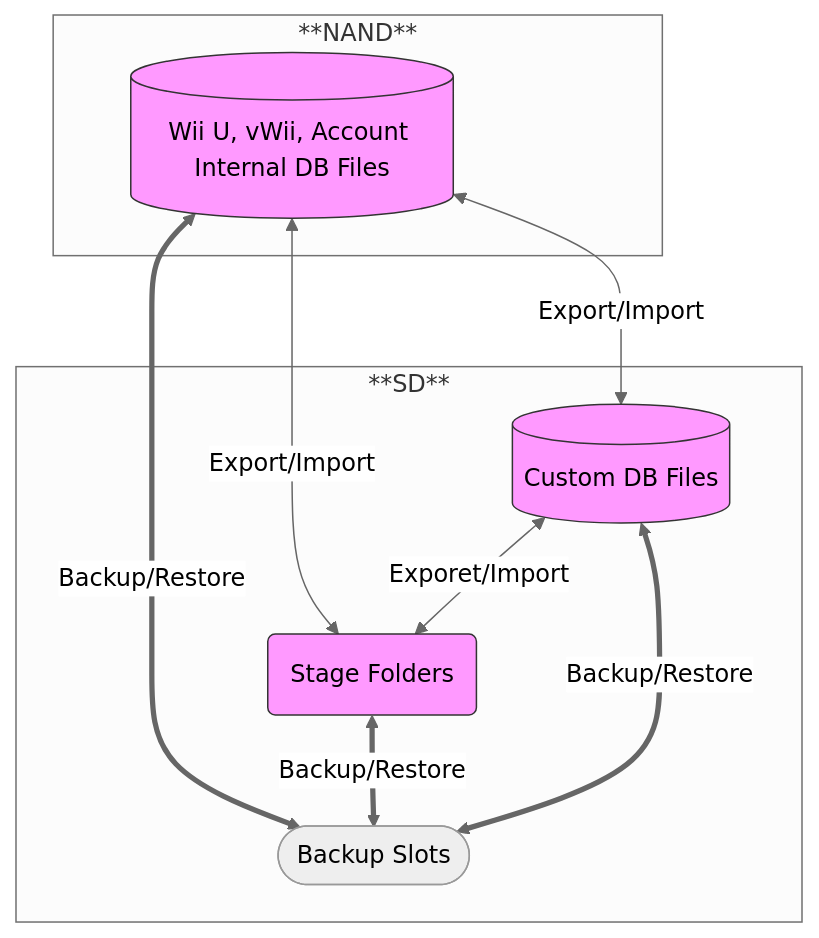
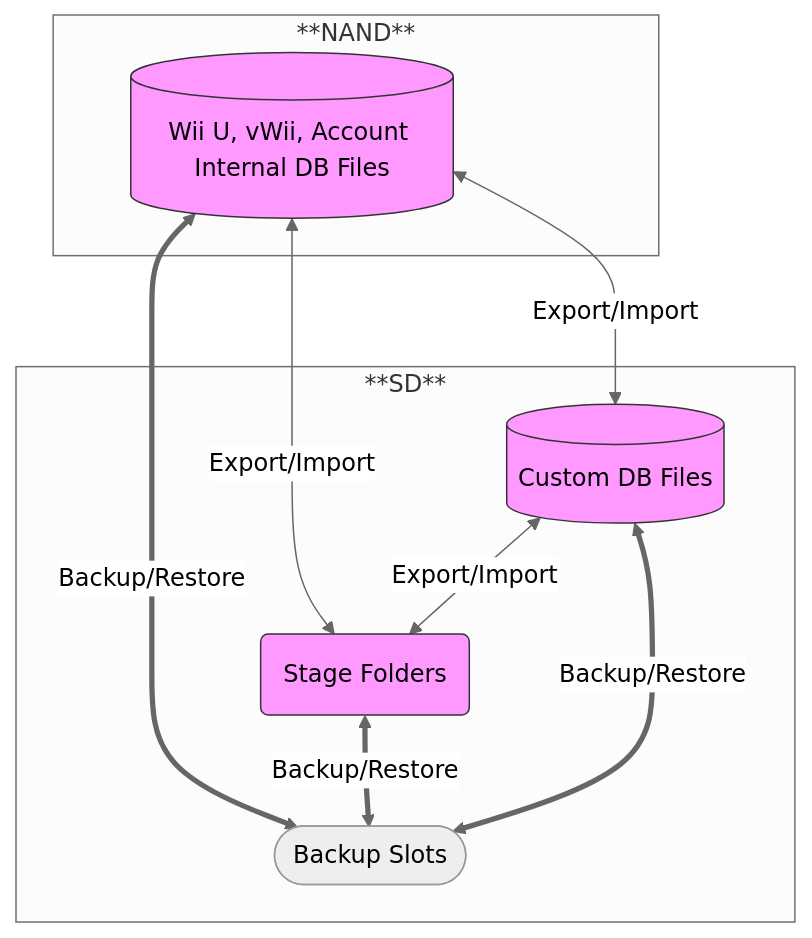
One commit to w3irDv/savemii changed the diagram in READMEs/Mii_README.md. Above: the diagram before and after it, drawn with Mermaid (neutral theme). The commit also changed other lines of this file and 10 other files, not shown here.

````diff
--- a/READMEs/Mii_README.md
+++ b/READMEs/Mii_README.md
@@ -22,22 +30,22 @@
 ```mermaid
 flowchart TD
 
 iddb[("Wii U, vWii, Account Internal DB Files")] <-- Export/Import --> idstage("Stage Folders")
 iddb <-- Export/Import --> iddbsd[("Custom DB Files")]
-iddbsd <-- Exporet/Import --> idstage
+iddbsd <-- Export/Import --> idstage
 
 iddb & idstage & iddbsd <== Backup/Restore ==> idslots([Backup Slots])
 
 subgraph "**SD**"
 iddbsd
 idslots
 idstage
 end
 
 subgraph "**NAND**"
 iddb
 end
 style iddb fill:#f9f,stroke:#333,stroke-width:1px
 style iddbsd fill:#f9f,stroke:#333,stroke-width:1px
 style idstage fill:#f9f,stroke:#333,stroke-width:1px
 ```
````
